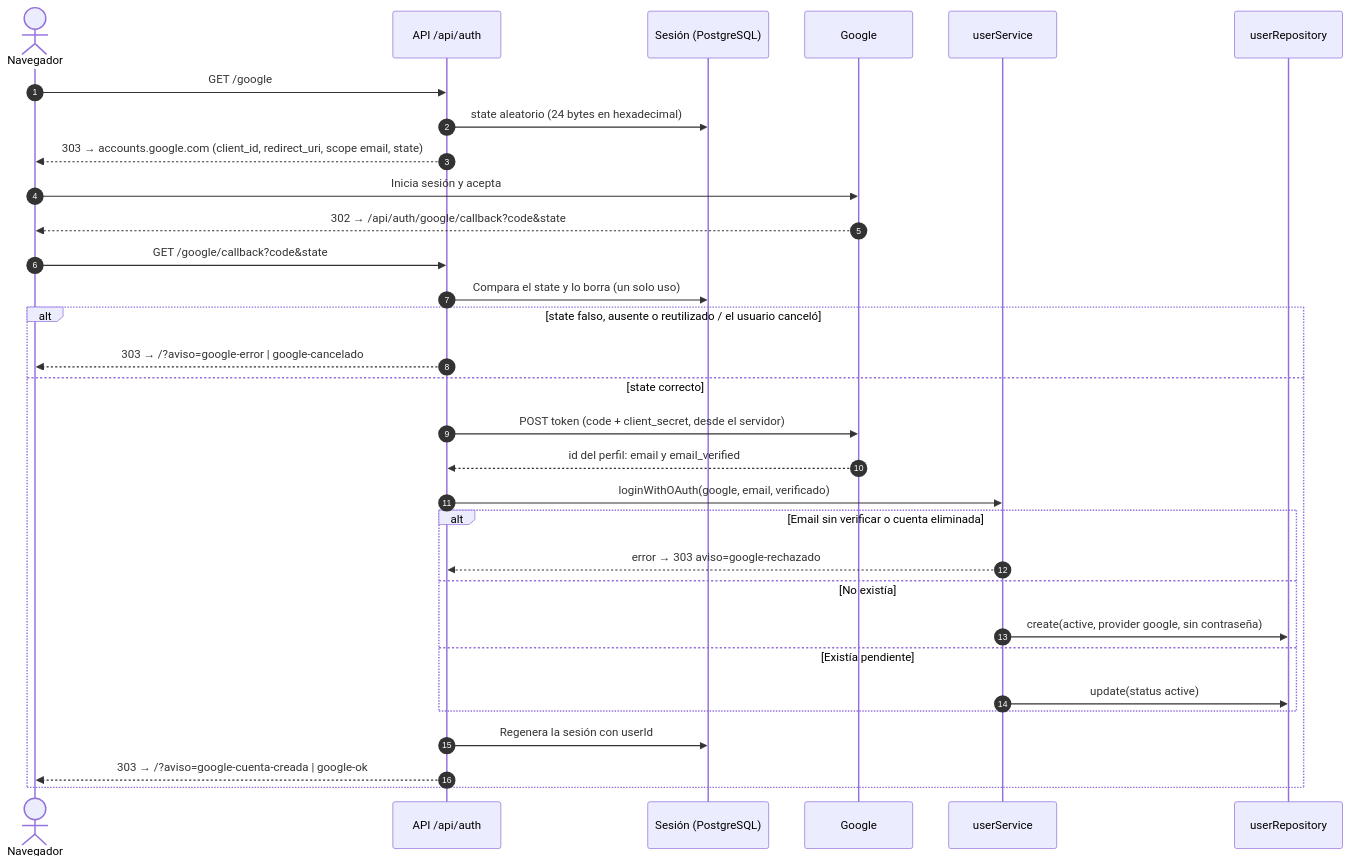
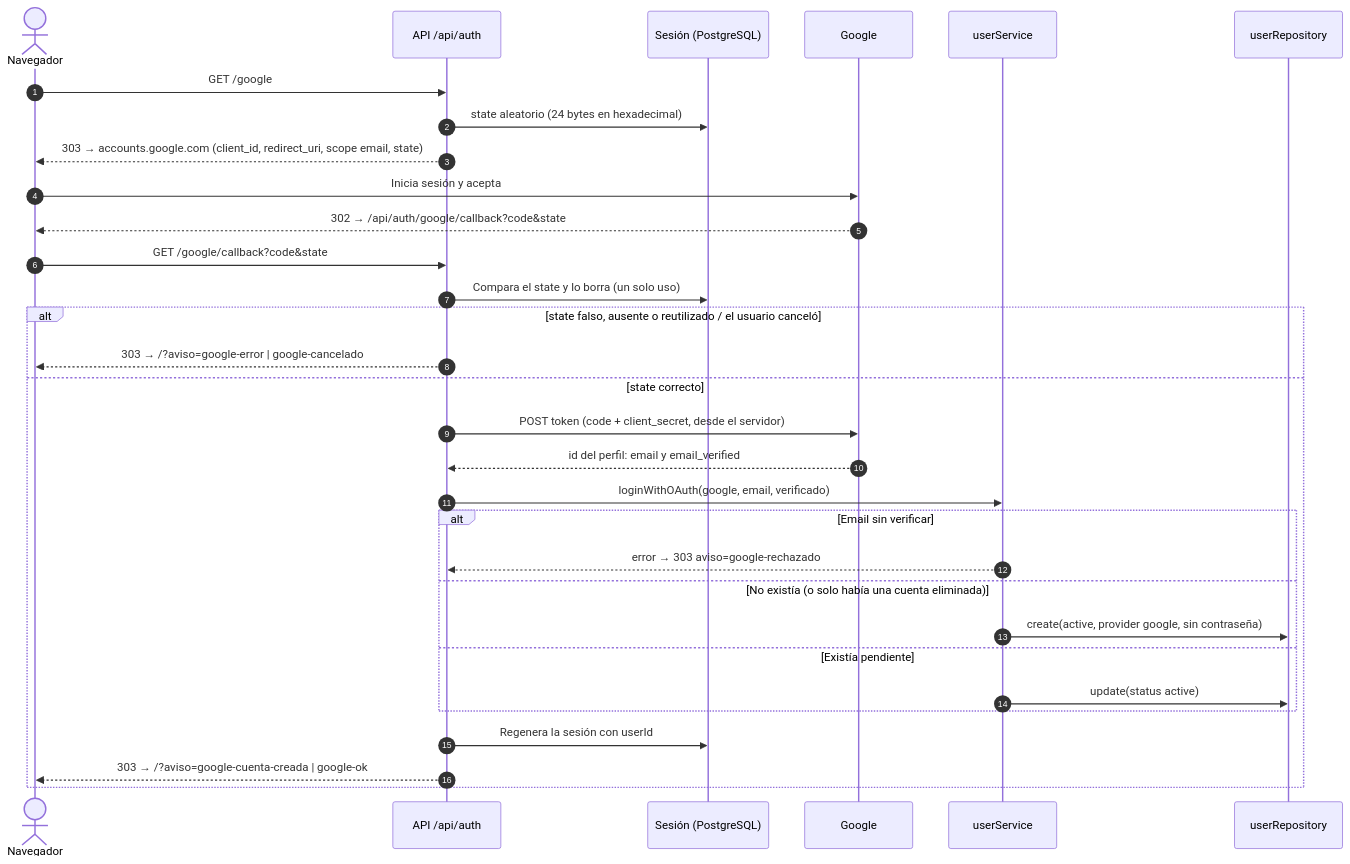
The ninth of 20 diagrams in docs/documentacion-tecnica.md (VelaElDios/la-grada-colchonera-saas), drawn with Mermaid before and after one commit. The commit also changed other lines of this file and 18 other files, not shown here.

Commit message:
Arreglo: tras eliminar la cuenta se puede volver con el mismo email o con Google

````diff
--- a/docs/documentacion-tecnica.md
+++ b/docs/documentacion-tecnica.md
@@ -512,33 +514,33 @@
 ```mermaid
 sequenceDiagram
     autonumber
     actor U as Navegador
     participant A as API /api/auth
     participant SS as Sesión (PostgreSQL)
     participant G as Google
     participant S as userService
     participant R as userRepository
     U->>A: GET /google
     A->>SS: state aleatorio (24 bytes en hexadecimal)
     A-->>U: 303 → accounts.google.com (client_id, redirect_uri, scope email, state)
     U->>G: Inicia sesión y acepta
     G-->>U: 302 → /api/auth/google/callback?code&state
     U->>A: GET /google/callback?code&state
     A->>SS: Compara el state y lo borra (un solo uso)
     alt state falso, ausente o reutilizado / el usuario canceló
         A-->>U: 303 → /?aviso=google-error | google-cancelado
     else state correcto
         A->>G: POST token (code + client_secret, desde el servidor)
         G-->>A: id del perfil: email y email_verified
         A->>S: loginWithOAuth(google, email, verificado)
-        alt Email sin verificar o cuenta eliminada
+        alt Email sin verificar
             S-->>A: error → 303 aviso=google-rechazado
-        else No existía
+        else No existía (o solo había una cuenta eliminada)
             S->>R: create(active, provider google, sin contraseña)
         else Existía pendiente
             S->>R: update(status active)
         end
         A->>SS: Regenera la sesión con userId
         A-->>U: 303 → /?aviso=google-cuenta-creada | google-ok#/jugar
     end
 ```
````
